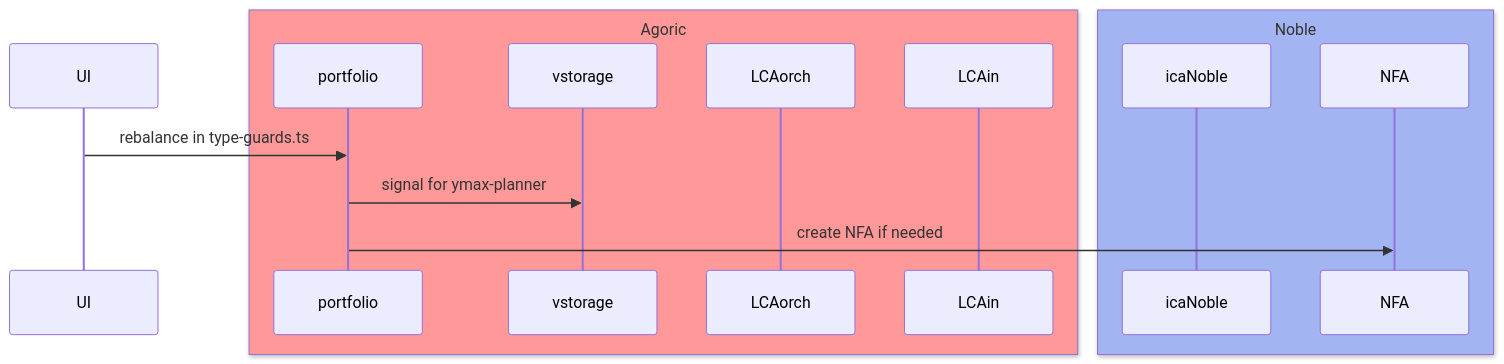
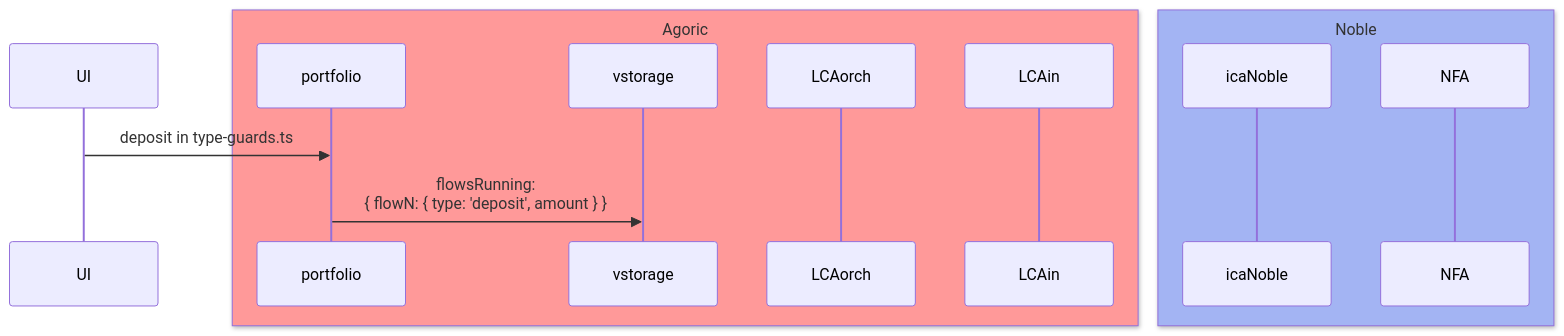
The third of 9 diagrams in packages/portfolio-contract/DESIGN-BETA.md (Agoric/agoric-sdk), drawn with Mermaid before and after one commit. The commit also changed other lines of this file, not shown here.

Commit message:
chore(portfolio-contract): update diagrams based on feedback

````diff
--- a/packages/portfolio-contract/DESIGN-BETA.md
+++ b/packages/portfolio-contract/DESIGN-BETA.md
@@ -57,19 +61,18 @@
 ```mermaid
 sequenceDiagram
-  UI ->> portfolio: rebalance in type-guards.ts
+  UI ->> portfolio: deposit in type-guards.ts
 
   box rgb(255,153,153) Agoric
     participant portfolio
     participant vstorage
     participant LCAorch
     participant LCAin
   end
 
   box rgb(163,180,243) Noble
     participant icaN as icaNoble
     participant NFA as NFA
   end
 
-  portfolio ->> vstorage: signal for ymax-planner
-  portfolio ->> NFA: create NFA if needed
+  portfolio ->> vstorage: flowsRunning:<br/>{ flowN: { type: 'deposit', amount } }
 ```
````
